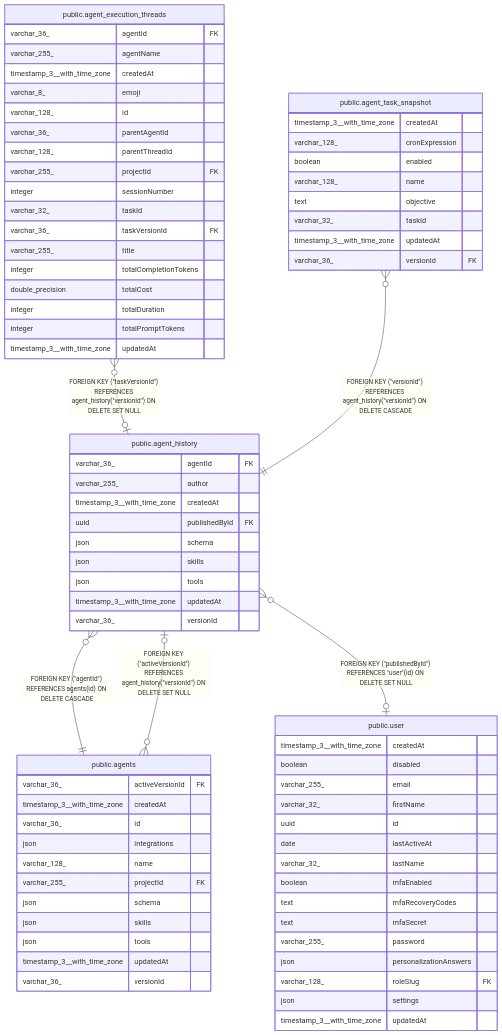
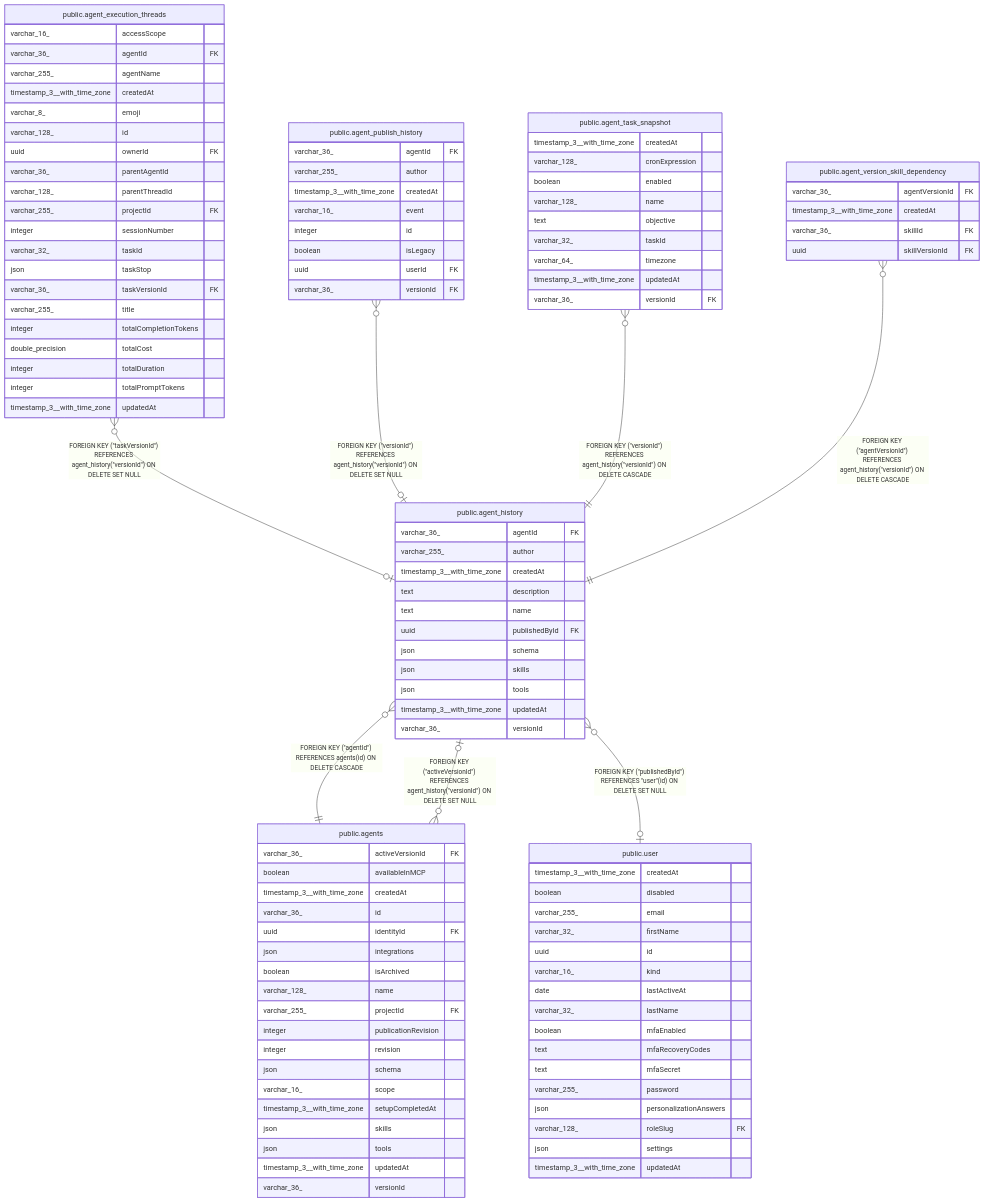
One commit to koreatest12/studys changed the diagram in n8n_integration/n8n_source/docs/generated/postgres-schema/public.agent_history.md. Above: the diagram before and after it, drawn with Mermaid. The commit also changed other lines of this file and 23019 other files, not shown here.

````diff
--- a/n8n_integration/n8n_source/docs/generated/postgres-schema/public.agent_history.md
+++ b/n8n_integration/n8n_source/docs/generated/postgres-schema/public.agent_history.md
@@ -42,13 +44,17 @@
 "public.agent_history" }o--|| "public.agents" : "FOREIGN KEY (#quot;agentId#quot;) REFERENCES agents(id) ON DELETE CASCADE"
 "public.agent_history" }o--o| "public.user" : "FOREIGN KEY (#quot;publishedById#quot;) REFERENCES #quot;user#quot;(id) ON DELETE SET NULL"
 "public.agent_execution_threads" }o--o| "public.agent_history" : "FOREIGN KEY (#quot;taskVersionId#quot;) REFERENCES agent_history(#quot;versionId#quot;) ON DELETE SET NULL"
+"public.agent_publish_history" }o--o| "public.agent_history" : "FOREIGN KEY (#quot;versionId#quot;) REFERENCES agent_history(#quot;versionId#quot;) ON DELETE SET NULL"
 "public.agent_task_snapshot" }o--|| "public.agent_history" : "FOREIGN KEY (#quot;versionId#quot;) REFERENCES agent_history(#quot;versionId#quot;) ON DELETE CASCADE"
+"public.agent_version_skill_dependency" }o--|| "public.agent_history" : "FOREIGN KEY (#quot;agentVersionId#quot;) REFERENCES agent_history(#quot;versionId#quot;) ON DELETE CASCADE"
 "public.agents" }o--o| "public.agent_history" : "FOREIGN KEY (#quot;activeVersionId#quot;) REFERENCES agent_history(#quot;versionId#quot;) ON DELETE SET NULL"
 
 "public.agent_history" {
   varchar_36_ agentId FK
   varchar_255_ author
   timestamp_3__with_time_zone createdAt
+  text description
+  text name
   uuid publishedById FK
   json schema
   json skills
@@ -58,12 +64,19 @@
 }
 "public.agents" {
   varchar_36_ activeVersionId FK
+  boolean availableInMCP
   timestamp_3__with_time_zone createdAt
   varchar_36_ id
+  uuid identityId FK
   json integrations
+  boolean isArchived
   varchar_128_ name
   varchar_255_ projectId FK
+  integer publicationRevision
+  integer revision
   json schema
+  varchar_16_ scope
+  timestamp_3__with_time_zone setupCompletedAt
   json skills
   json tools
   timestamp_3__with_time_zone updatedAt
@@ -75,6 +88,7 @@
   varchar_255_ email
   varchar_32_ firstName
   uuid id
+  varchar_16_ kind
   date lastActiveAt
   varchar_32_ lastName
   boolean mfaEnabled
@@ -87,16 +101,19 @@
   timestamp_3__with_time_zone updatedAt
 }
 "public.agent_execution_threads" {
+  varchar_16_ accessScope
   varchar_36_ agentId FK
   varchar_255_ agentName
   timestamp_3__with_time_zone createdAt
   varchar_8_ emoji
   varchar_128_ id
+  uuid ownerId FK
   varchar_36_ parentAgentId
   varchar_128_ parentThreadId
   varchar_255_ projectId FK
   integer sessionNumber
   varchar_32_ taskId
+  json taskStop
   varchar_36_ taskVersionId FK
   varchar_255_ title
   integer totalCompletionTokens
@@ -105,6 +122,16 @@
   integer totalPromptTokens
   timestamp_3__with_time_zone updatedAt
 }
+"public.agent_publish_history" {
+  varchar_36_ agentId FK
+  varchar_255_ author
+  timestamp_3__with_time_zone createdAt
+  varchar_16_ event
+  integer id
+  boolean isLegacy
+  uuid userId FK
+  varchar_36_ versionId FK
+}
 "public.agent_task_snapshot" {
   timestamp_3__with_time_zone createdAt
   varchar_128_ cronExpression
@@ -112,7 +139,14 @@
   varchar_128_ name
   text objective
   varchar_32_ taskId
+  varchar_64_ timezone
   timestamp_3__with_time_zone updatedAt
   varchar_36_ versionId FK
 }
+"public.agent_version_skill_dependency" {
+  varchar_36_ agentVersionId FK
+  timestamp_3__with_time_zone createdAt
+  varchar_36_ skillId FK
+  uuid skillVersionId FK
+}
 ```
````
